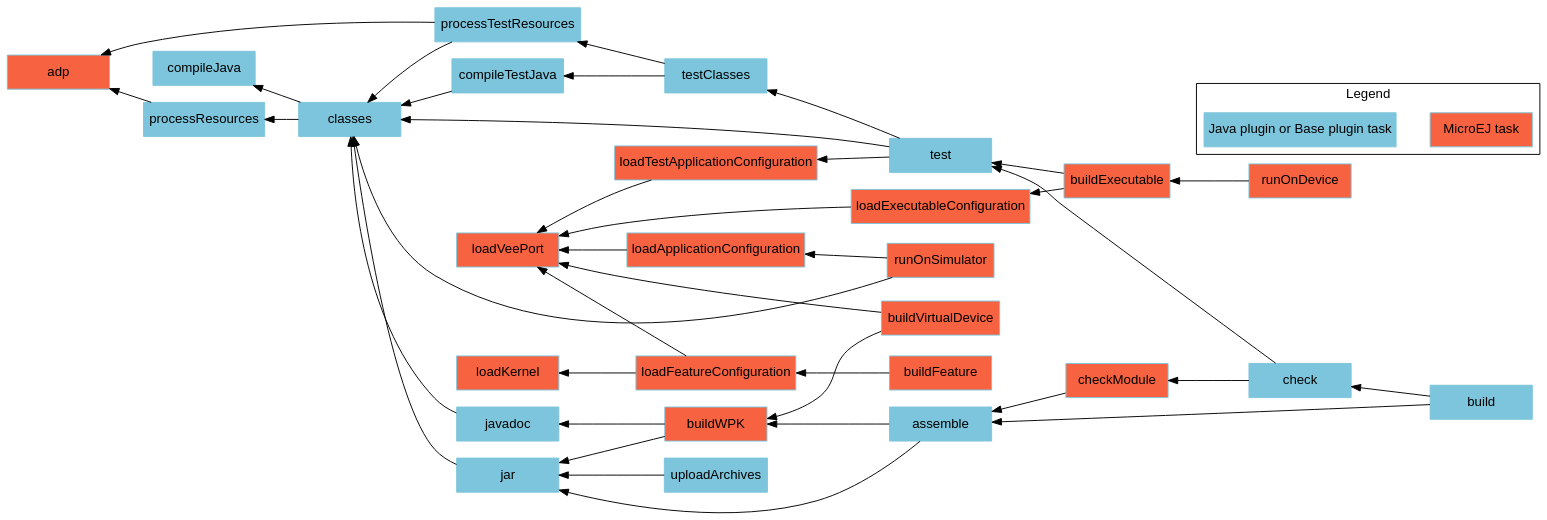
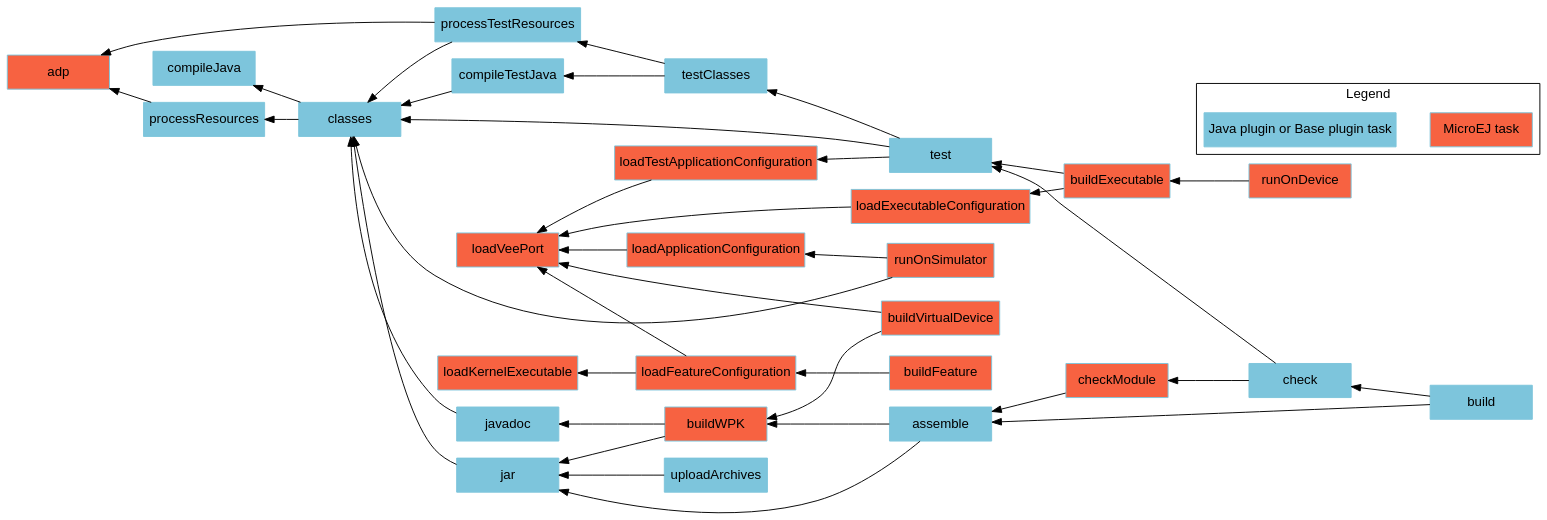
One commit to MicroEJ/docs changed the diagram in SDK6UserGuide/graphApplicationModule.dot. Above: the diagram before and after it, drawn with Graphviz. The commit also changed 6 other files, not shown here.

Commit message:
document the microejKernel configuration

```diff
--- a/SDK6UserGuide/graphApplicationModule.dot
+++ b/SDK6UserGuide/graphApplicationModule.dot
@@ -1,71 +1,71 @@
 digraph mygraph {
     rankdir="RL";
     bgcolor="transparent"
     fontname="Helvetica,Arial,sans-serif"
     node [
         shape = box
         width = 1.5
         color = "#7dc5dc"
         style = filled
         fontname="Helvetica,Arial,sans-serif"
     ]
     edge [fontname="Helvetica,Arial,sans-serif"]
     "adp" [fillcolor = "#f76241"]
     "checkModule" [fillcolor = "#f76241"]
-    "loadKernel" [fillcolor = "#f76241"]
+    "loadKernelExecutable" [fillcolor = "#f76241"]
     "loadVeePort" [fillcolor = "#f76241"]
     "loadApplicationConfiguration" [fillcolor = "#f76241"]
     "loadExecutableConfiguration" [fillcolor = "#f76241"] 
     "loadFeatureConfiguration" [fillcolor = "#f76241"]
     "loadTestApplicationConfiguration" [fillcolor = "#f76241"]
     "runOnSimulator" [fillcolor = "#f76241"]
     "buildWPK" [fillcolor = "#f76241"]
     "buildExecutable" [fillcolor = "#f76241"]
     "buildVirtualDevice" [fillcolor = "#f76241"]
     "buildFeature" [fillcolor = "#f76241"]
     "runOnDevice" [fillcolor = "#f76241"]
     "build" -> "check"
     "check" -> "test"
     "test" -> "classes"
     "test" -> "testClasses"
     "test" -> "loadTestApplicationConfiguration"
     "testClasses" -> "compileTestJava"
     "testClasses" -> "processTestResources"
     "loadTestApplicationConfiguration" -> "loadVeePort"
     "processResources" -> "adp"
     "processTestResources" -> "adp"
     "processTestResources" -> "classes"
     "compileTestJava" -> "classes"
     "javadoc" -> "classes"
     "classes" -> "compileJava"
     "classes" -> "processResources"
     "build" -> "assemble"
     "assemble" -> "jar"
     "assemble" -> "buildWPK"
     "uploadArchives" -> "jar"
     "jar" -> "classes"
     "runOnSimulator" -> "classes"
     "runOnSimulator" -> "loadApplicationConfiguration"
     "loadApplicationConfiguration" -> "loadVeePort"
     "checkModule" -> "assemble"
     "check" -> "checkModule"
     "buildWPK" -> "jar"
     "buildWPK" -> "javadoc"
     "buildExecutable" -> "test"
     "buildExecutable" -> "loadExecutableConfiguration"
     "loadExecutableConfiguration" -> "loadVeePort"
     "buildVirtualDevice" -> "loadVeePort"
     "buildVirtualDevice" -> "buildWPK"
     "buildFeature" -> "loadFeatureConfiguration"
-    "loadFeatureConfiguration" -> "loadKernel"
+    "loadFeatureConfiguration" -> "loadKernelExecutable"
     "loadFeatureConfiguration" -> "loadVeePort"
     "runOnDevice" -> "buildExecutable"
 
     subgraph cluster_legend {
         label="Legend";
         microej [fillcolor="#f76241" label="MicroEJ task"];
         java [fillcolor="#7dc5dc" label="Java plugin or Base plugin task"];
         microej -> java [style=invis];
         java -> microej [style=invis];
     }
 }
```
